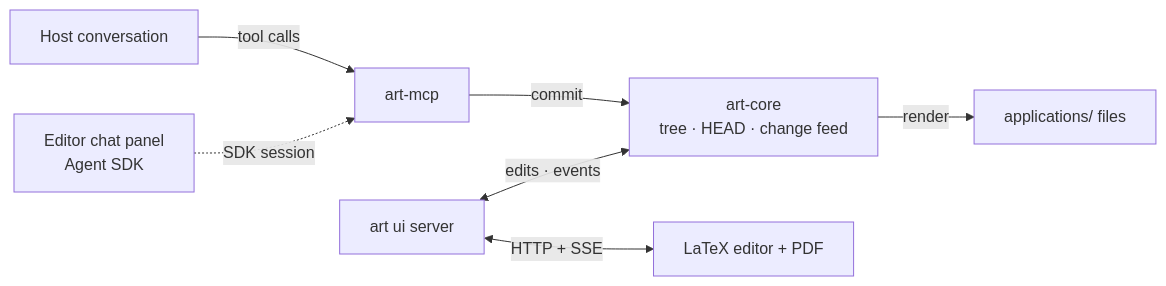
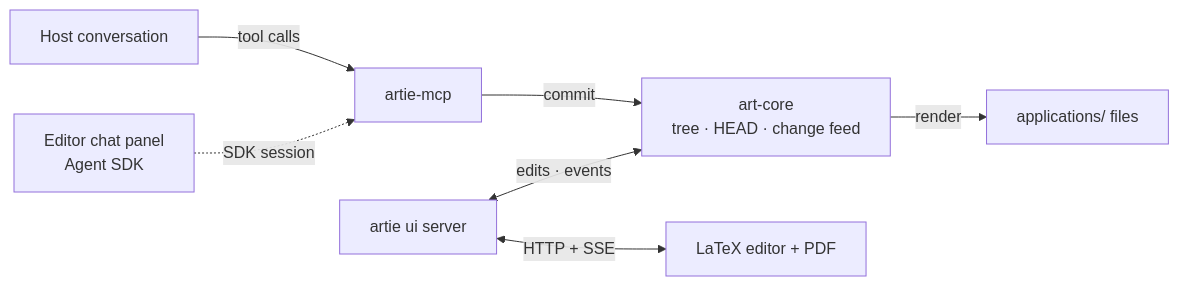
Before and after one commit to nathansso/agentic_resume_tailoring: the fifth of 6 diagrams in docs/harness.md, drawn with Mermaid. The commit also changed other lines of this file and 82 other files, not shown here.

First line of the commit message:
feat(harness): rename art to artie and release v0.2.0 (#395)

````diff
--- a/docs/harness.md
+++ b/docs/harness.md
@@ -893,9 +895,9 @@
 ```mermaid
 flowchart LR
-    HC[Host conversation] -->|tool calls| MCP[art-mcp]
+    HC[Host conversation] -->|tool calls| MCP[artie-mcp]
     CP[Editor chat panel<br/>Agent SDK] -.->|SDK session| MCP
     MCP -->|commit| CORE[art-core<br/>tree · HEAD · change feed]
-    UIS[art ui server] <-->|edits · events| CORE
+    UIS[artie ui server] <-->|edits · events| CORE
     UIS <-->|HTTP + SSE| ED[LaTeX editor + PDF]
     CORE -->|render| FS[applications/ files]
 ```
````
